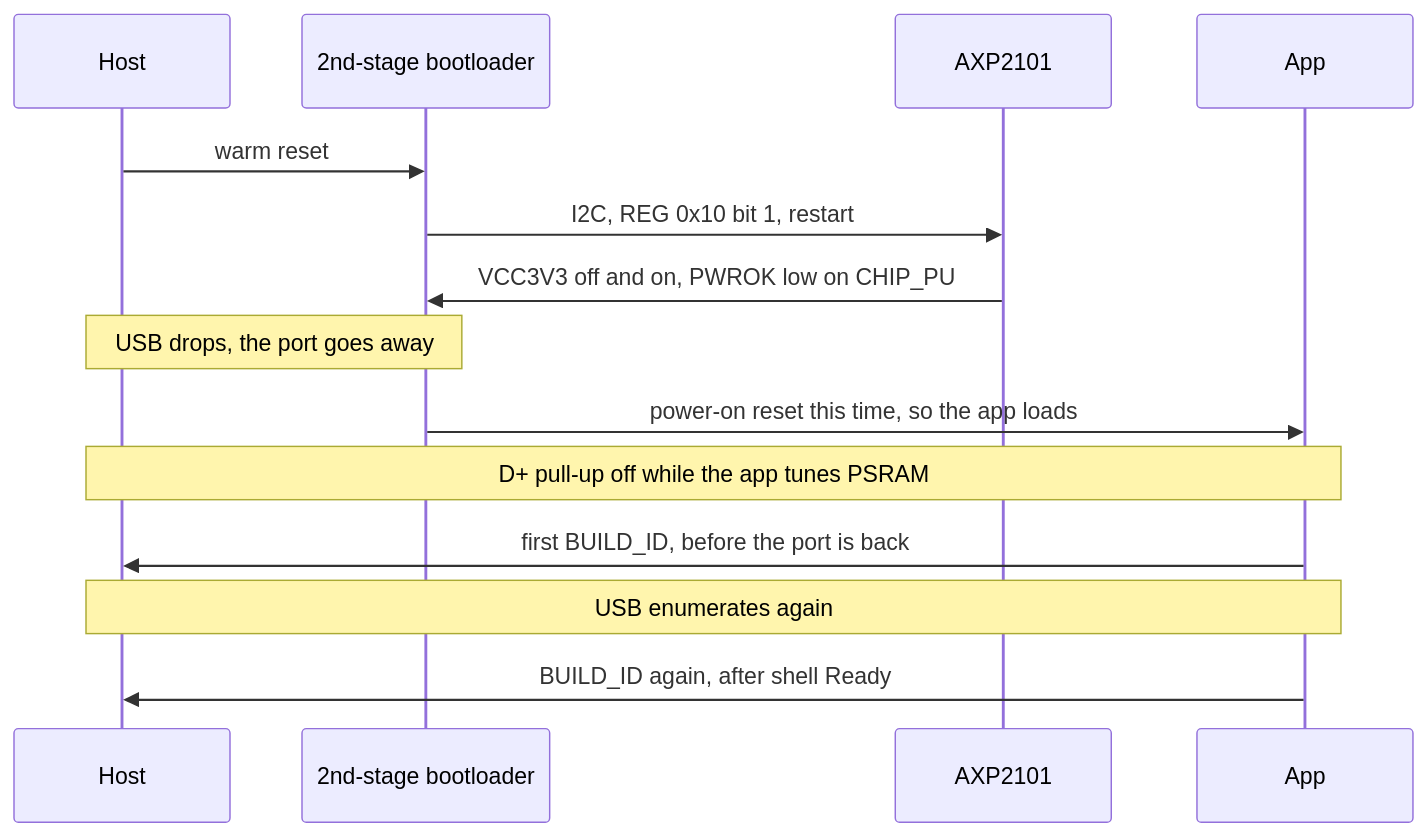
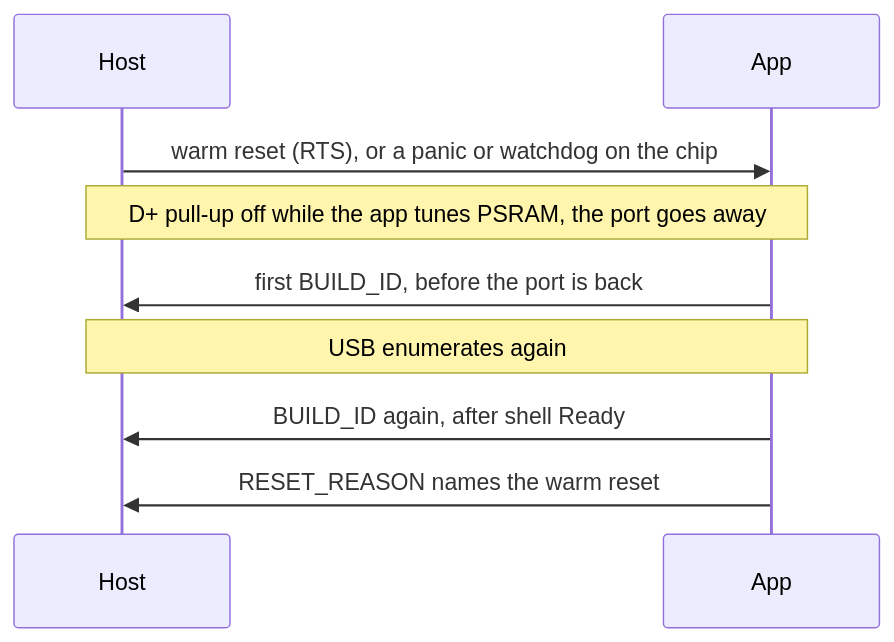
One commit to jose-villegas/autana changed the diagram in docs/notes/Flashing-and-Toolchain.md. Above: the diagram before and after it, drawn with Mermaid. The commit also changed other lines of this file and 28 other files, not shown here.

Commit message:
boot: retire the bootloader's PMIC cold restart; warm resets keep their reason (krqr)

````diff
--- a/docs/notes/Flashing-and-Toolchain.md
+++ b/docs/notes/Flashing-and-Toolchain.md
@@ -70,16 +65,11 @@
 ```mermaid
 sequenceDiagram
     participant Host
-    participant Boot as 2nd-stage bootloader
-    participant PMIC as AXP2101
     participant App
-    Host->>Boot: warm reset
-    Boot->>PMIC: I2C, REG 0x10 bit 1, restart
-    PMIC->>Boot: VCC3V3 off and on, PWROK low on CHIP_PU
-    Note over Host,Boot: USB drops, the port goes away
-    Boot->>App: power-on reset this time, so the app loads
-    Note over Host,App: D+ pull-up off while the app tunes PSRAM
+    Host->>App: warm reset (RTS), or a panic or watchdog on the chip
+    Note over Host,App: D+ pull-up off while the app tunes PSRAM, the port goes away
     App->>Host: first BUILD_ID, before the port is back
     Note over Host,App: USB enumerates again
     App->>Host: BUILD_ID again, after shell Ready
+    App->>Host: RESET_REASON names the warm reset
 ```
````
